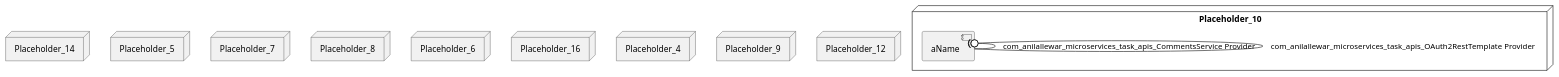
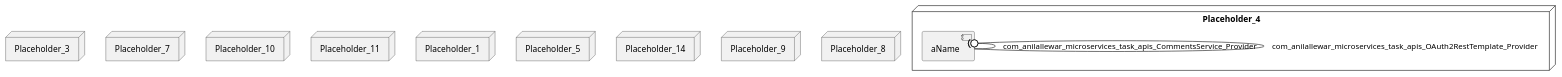
One commit to View-Based-Reverse-Engineering/Retriever-Benchmark changed the diagram in anilallewar-microservices-basics-spring-boot/model_re/uml/allocationDiagram.puml. Above: the diagram before and after it, drawn with PlantUML. The commit also changed 326 other files, not shown here.

```diff
--- a/anilallewar-microservices-basics-spring-boot/model_re/uml/allocationDiagram.puml
+++ b/anilallewar-microservices-basics-spring-boot/model_re/uml/allocationDiagram.puml
@@ -1,36 +1,36 @@
 @startuml
 skinparam fixCircleLabelOverlapping true
+node Placeholder_4 {
+[aName] [[anilallewar-microservices-basics-spring-boot.system#_xYIQkLw4Ee6JN9bSHJ_CbA]]
+}
+node Placeholder_3 {
+[aName] [[anilallewar-microservices-basics-spring-boot.system#_xYIQkLw4Ee6JN9bSHJ_CbA]]
+}
+node Placeholder_7 {
+[aName] [[anilallewar-microservices-basics-spring-boot.system#_xYIQkLw4Ee6JN9bSHJ_CbA]]
+}
 node Placeholder_10 {
-[aName] [[anilallewar-microservices-basics-spring-boot.system#_qi9JkLtpEe6ln6vmFLyqdg]]
+[aName] [[anilallewar-microservices-basics-spring-boot.system#_xYIQkLw4Ee6JN9bSHJ_CbA]]
+}
+node Placeholder_11 {
+[aName] [[anilallewar-microservices-basics-spring-boot.system#_xYIQkLw4Ee6JN9bSHJ_CbA]]
+}
+node Placeholder_1 {
+[aName] [[anilallewar-microservices-basics-spring-boot.system#_xYIQkLw4Ee6JN9bSHJ_CbA]]
+}
+node Placeholder_5 {
+[aName] [[anilallewar-microservices-basics-spring-boot.system#_xYIQkLw4Ee6JN9bSHJ_CbA]]
 }
 node Placeholder_14 {
-[aName] [[anilallewar-microservices-basics-spring-boot.system#_qi9JkLtpEe6ln6vmFLyqdg]]
+[aName] [[anilallewar-microservices-basics-spring-boot.system#_xYIQkLw4Ee6JN9bSHJ_CbA]]
 }
-node Placeholder_5 {
-[aName] [[anilallewar-microservices-basics-spring-boot.system#_qi9JkLtpEe6ln6vmFLyqdg]]
-}
-node Placeholder_7 {
-[aName] [[anilallewar-microservices-basics-spring-boot.system#_qi9JkLtpEe6ln6vmFLyqdg]]
+node Placeholder_9 {
+[aName] [[anilallewar-microservices-basics-spring-boot.system#_xYIQkLw4Ee6JN9bSHJ_CbA]]
 }
 node Placeholder_8 {
-[aName] [[anilallewar-microservices-basics-spring-boot.system#_qi9JkLtpEe6ln6vmFLyqdg]]
+[aName] [[anilallewar-microservices-basics-spring-boot.system#_xYIQkLw4Ee6JN9bSHJ_CbA]]
 }
-node Placeholder_6 {
-[aName] [[anilallewar-microservices-basics-spring-boot.system#_qi9JkLtpEe6ln6vmFLyqdg]]
-}
-node Placeholder_16 {
-[aName] [[anilallewar-microservices-basics-spring-boot.system#_qi9JkLtpEe6ln6vmFLyqdg]]
-}
-node Placeholder_4 {
-[aName] [[anilallewar-microservices-basics-spring-boot.system#_qi9JkLtpEe6ln6vmFLyqdg]]
-}
-node Placeholder_9 {
-[aName] [[anilallewar-microservices-basics-spring-boot.system#_qi9JkLtpEe6ln6vmFLyqdg]]
-}
-node Placeholder_12 {
-[aName] [[anilallewar-microservices-basics-spring-boot.system#_qi9JkLtpEe6ln6vmFLyqdg]]
-}
-[aName] -(0- [aName] : com_anilallewar_microservices_task_apis_CommentsService Provider
-[aName] -(0- [aName] : com_anilallewar_microservices_task_apis_OAuth2RestTemplate Provider
+[aName] -(0- [aName] : com_anilallewar_microservices_task_apis_CommentsService_Provider
+[aName] -(0- [aName] : com_anilallewar_microservices_task_apis_OAuth2RestTemplate_Provider
 
 @enduml
```
